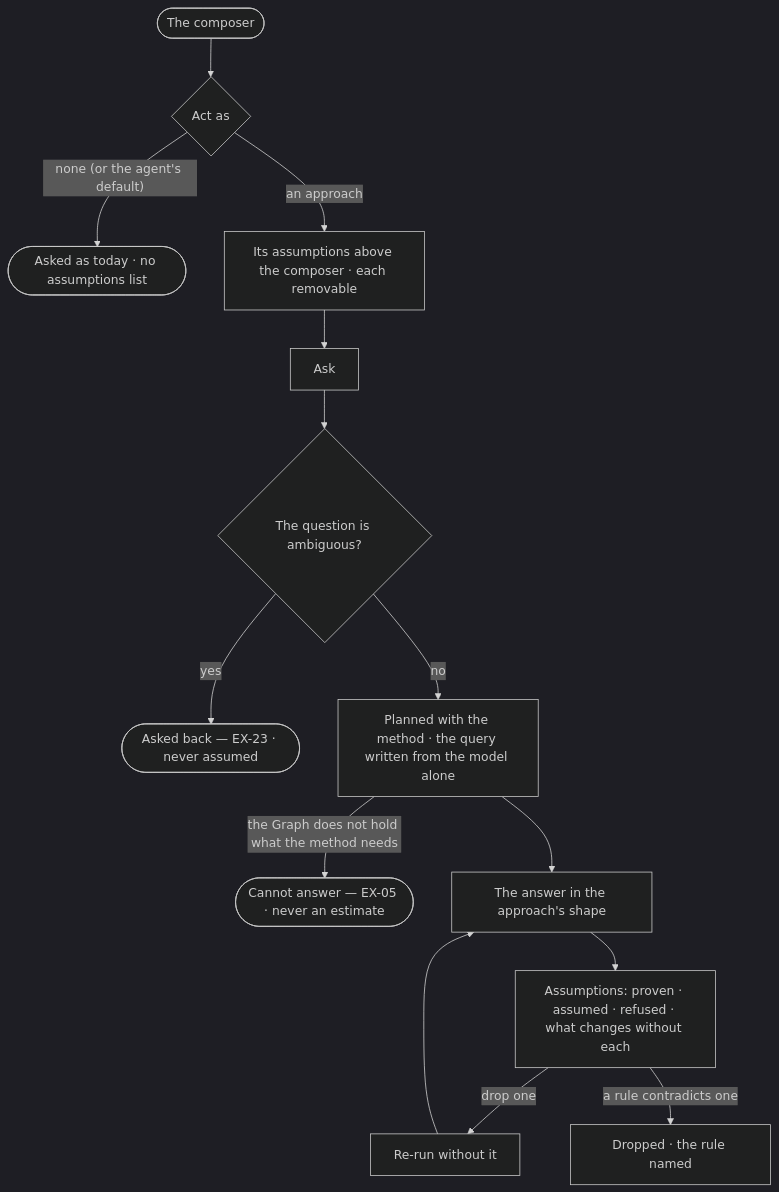
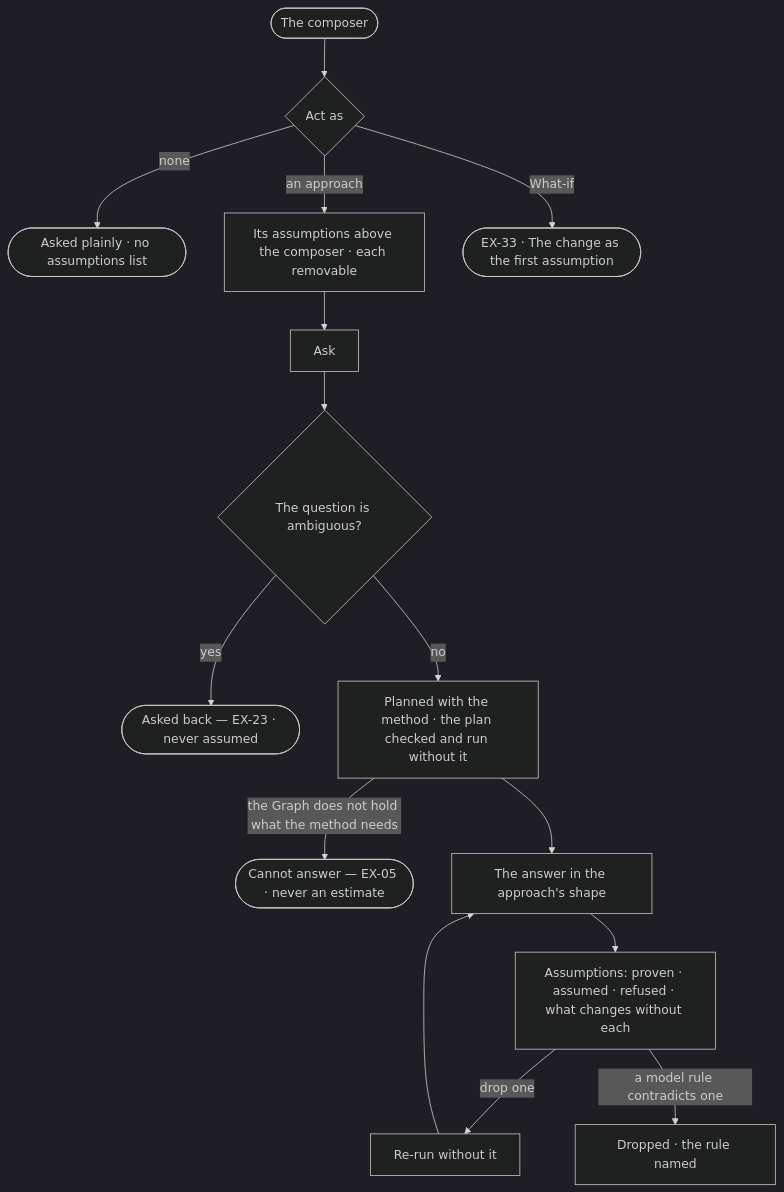
The diagram in specs/capabilities/explore/features/EX-F05-when-it-cannot-answer-and-how-it-reasons/stories/EX-24-ask-with-an-approach-and-see-its-assumptions/story.md (invana/invana), drawn with Mermaid (dark theme) before and after one commit. The commit also changed other lines of this file and 522 other files, not shown here.

````diff
--- a/specs/capabilities/explore/features/EX-F05-when-it-cannot-answer-and-how-it-reasons/stories/EX-24-ask-with-an-approach-and-see-its-assumptions/story.md
+++ b/specs/capabilities/explore/features/EX-F05-when-it-cannot-answer-and-how-it-reasons/stories/EX-24-ask-with-an-approach-and-see-its-assumptions/story.md
@@ -27,16 +27,17 @@
 ```mermaid
 flowchart TD
   a([The composer]) --> p{"Act as"}
-  p -->|"none (or the agent's default)"| plain([Asked as today · no assumptions list])
+  p -->|none| plain([Asked plainly · no assumptions list])
   p -->|an approach| pre["Its assumptions above the composer · each removable"]
+  p -->|What-if| wi(["EX-33 · The change as the first assumption"])
   pre --> ask[Ask]
   ask --> amb{The question is ambiguous?}
   amb -->|yes| cq(["Asked back — EX-23 · never assumed"])
-  amb -->|no| run["Planned with the method · the query written from the model alone"]
+  amb -->|no| run["Planned with the method · the plan checked and run without it"]
   run -->|the Graph does not hold what the method needs| ca(["Cannot answer — EX-05 · never an estimate"])
   run --> ans["The answer in the approach's shape"]
   ans --> led["Assumptions: proven · assumed · refused · what changes without each"]
   led -->|drop one| re["Re-run without it"]
   re --> ans
-  led -->|a rule contradicts one| dr["Dropped · the rule named"]
+  led -->|a model rule contradicts one| dr["Dropped · the rule named"]
 ```
````
